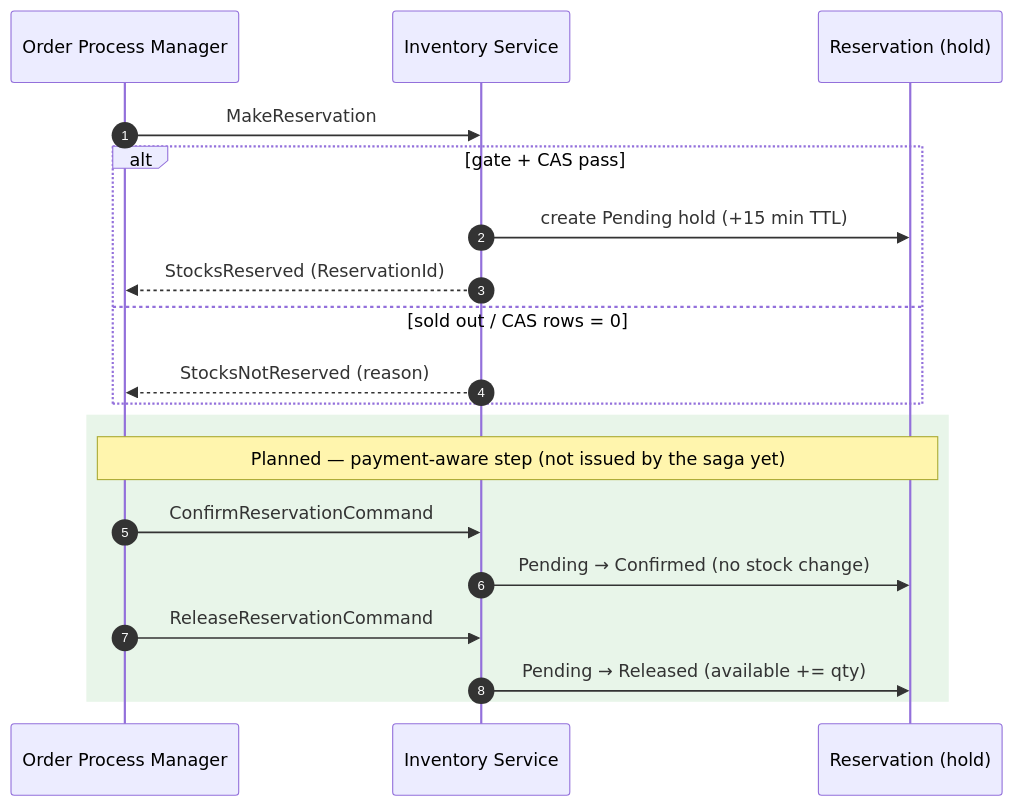
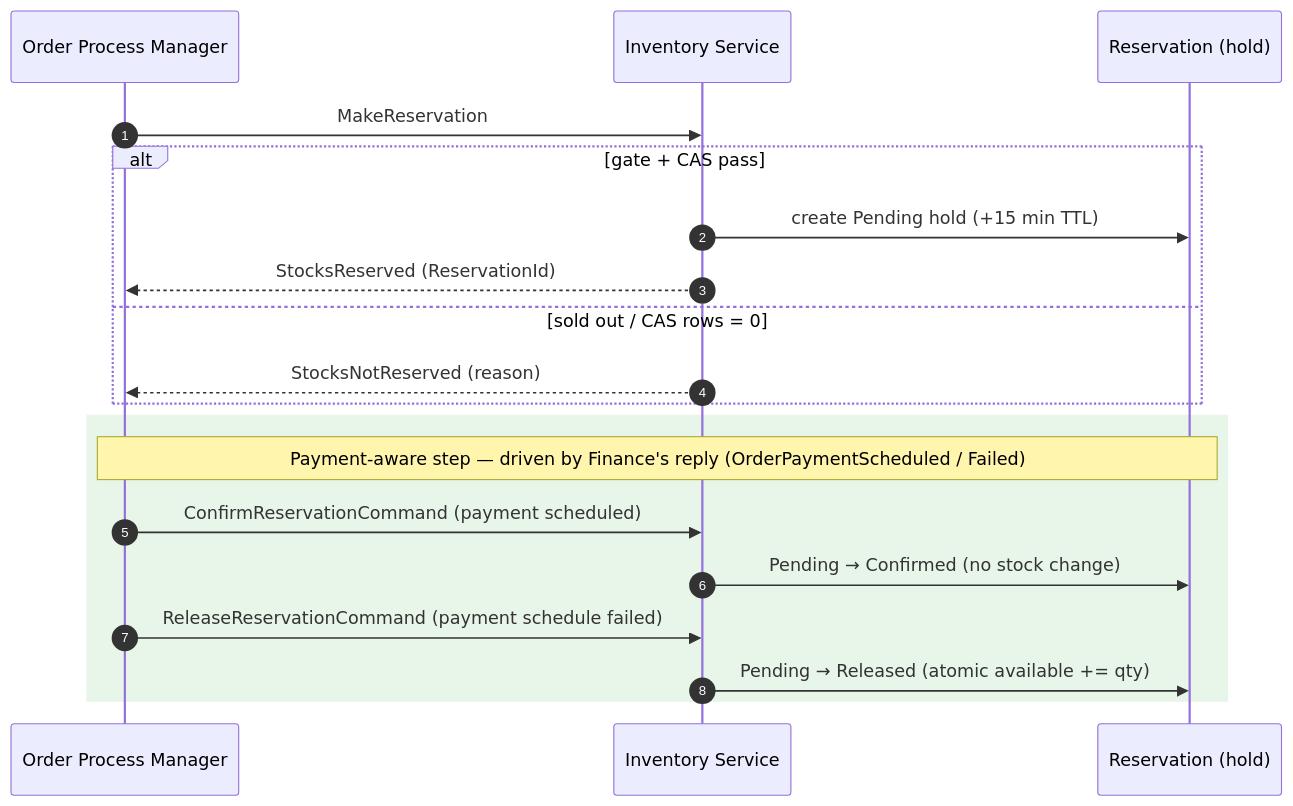
Before and after one commit to mnnam1302/EShop: diagram 11 of 11 in Inventory/src/EShop.Inventory.API/README.md, drawn with Mermaid. The commit also changed other lines of this file and 6 other files, not shown here.

Commit message:
feat(inventory): handle logic consumers for ConfirmReservationCommand and ReleaseReservationCommand integration event

````diff
--- a/Inventory/src/EShop.Inventory.API/README.md
+++ b/Inventory/src/EShop.Inventory.API/README.md
@@ -295,23 +295,23 @@
 ```mermaid
 sequenceDiagram
     autonumber
     participant PM  as Order Process Manager
     participant INV as Inventory Service
     participant HOLD as Reservation (hold)
 
     PM->>INV: MakeReservation
     alt gate + CAS pass
         INV->>HOLD: create Pending hold (+15 min TTL)
         INV-->>PM: StocksReserved (ReservationId)
     else sold out / CAS rows = 0
         INV-->>PM: StocksNotReserved (reason)
     end
 
     rect rgb(232,245,233)
-        Note over PM,HOLD: Planned — payment-aware step (not issued by the saga yet)
-        PM->>INV: ConfirmReservationCommand
+        Note over PM,HOLD: Payment-aware step — driven by Finance's reply (OrderPaymentScheduled / Failed)
+        PM->>INV: ConfirmReservationCommand (payment scheduled)
         INV->>HOLD: Pending → Confirmed (no stock change)
-        PM->>INV: ReleaseReservationCommand
-        INV->>HOLD: Pending → Released (available += qty)
+        PM->>INV: ReleaseReservationCommand (payment schedule failed)
+        INV->>HOLD: Pending → Released (atomic available += qty)
     end
 ```
````
